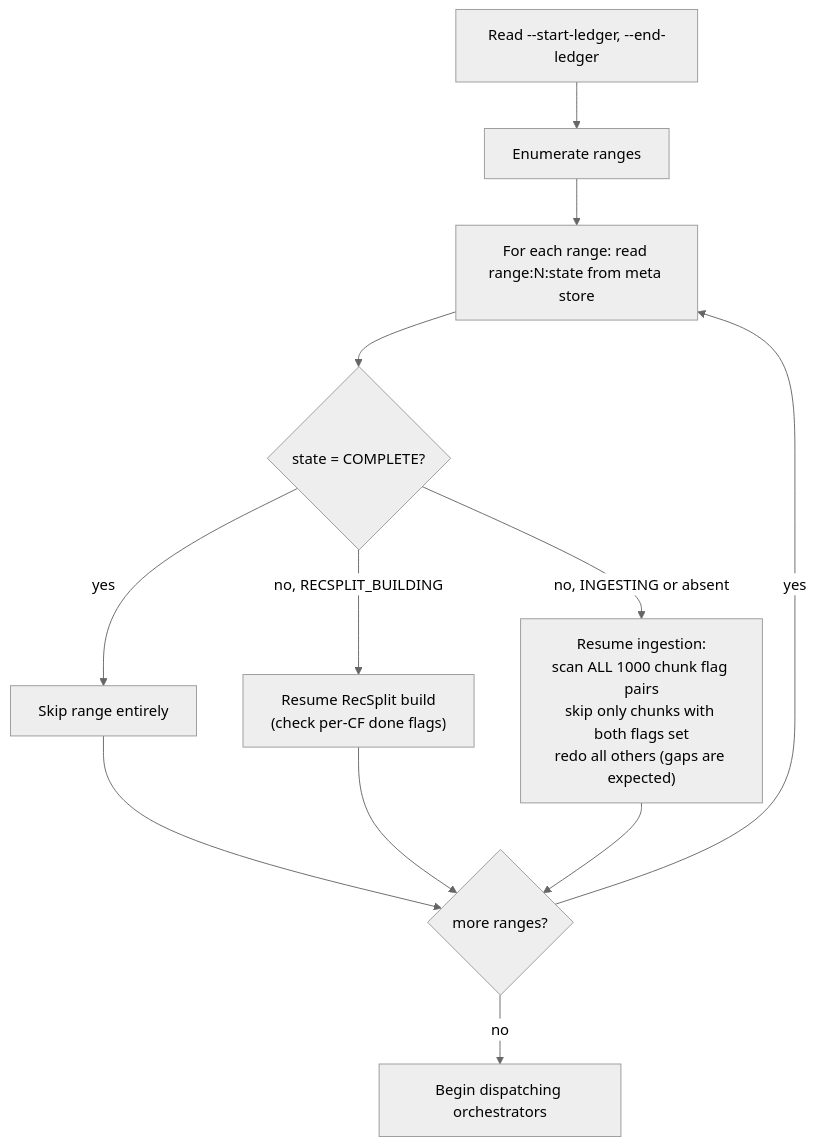
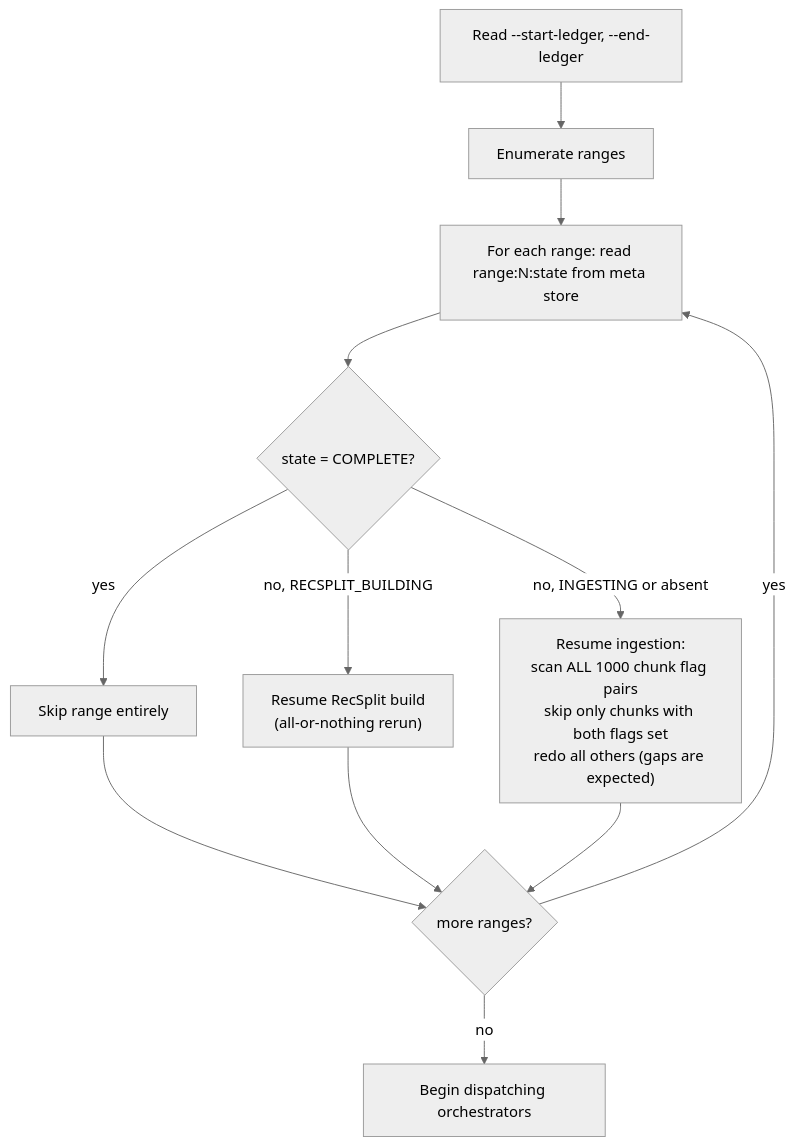
Before and after one commit to stellar/stellar-rpc: the third of 3 diagrams in full-history/design-docs/03-backfill-workflow.md, drawn with Mermaid (neutral theme). The commit also changed other lines of this file and 12 other files, not shown here.

````diff
--- a/full-history/design-docs/03-backfill-workflow.md
+++ b/full-history/design-docs/03-backfill-workflow.md
@@ -175,14 +274,14 @@
 ```mermaid
 flowchart TD
     A["Read --start-ledger, --end-ledger"] --> B["Enumerate ranges"]
     B --> C["For each range: read range:N:state from meta store"]
     C --> D{state = COMPLETE?}
     D -->|yes| E["Skip range entirely"]
-    D -->|no, RECSPLIT_BUILDING| F["Resume RecSplit build<br/>(check per-CF done flags)"]
+    D -->|no, RECSPLIT_BUILDING| F["Resume RecSplit build<br/>(all-or-nothing rerun)"]
     D -->|no, INGESTING or absent| G["Resume ingestion:<br/>scan ALL 1000 chunk flag pairs<br/>skip only chunks with both flags set<br/>redo all others (gaps are expected)"]
     E --> H{more ranges?}
     F --> H
     G --> H
     H -->|yes| C
     H -->|no| I["Begin dispatching orchestrators"]
 ```
````
